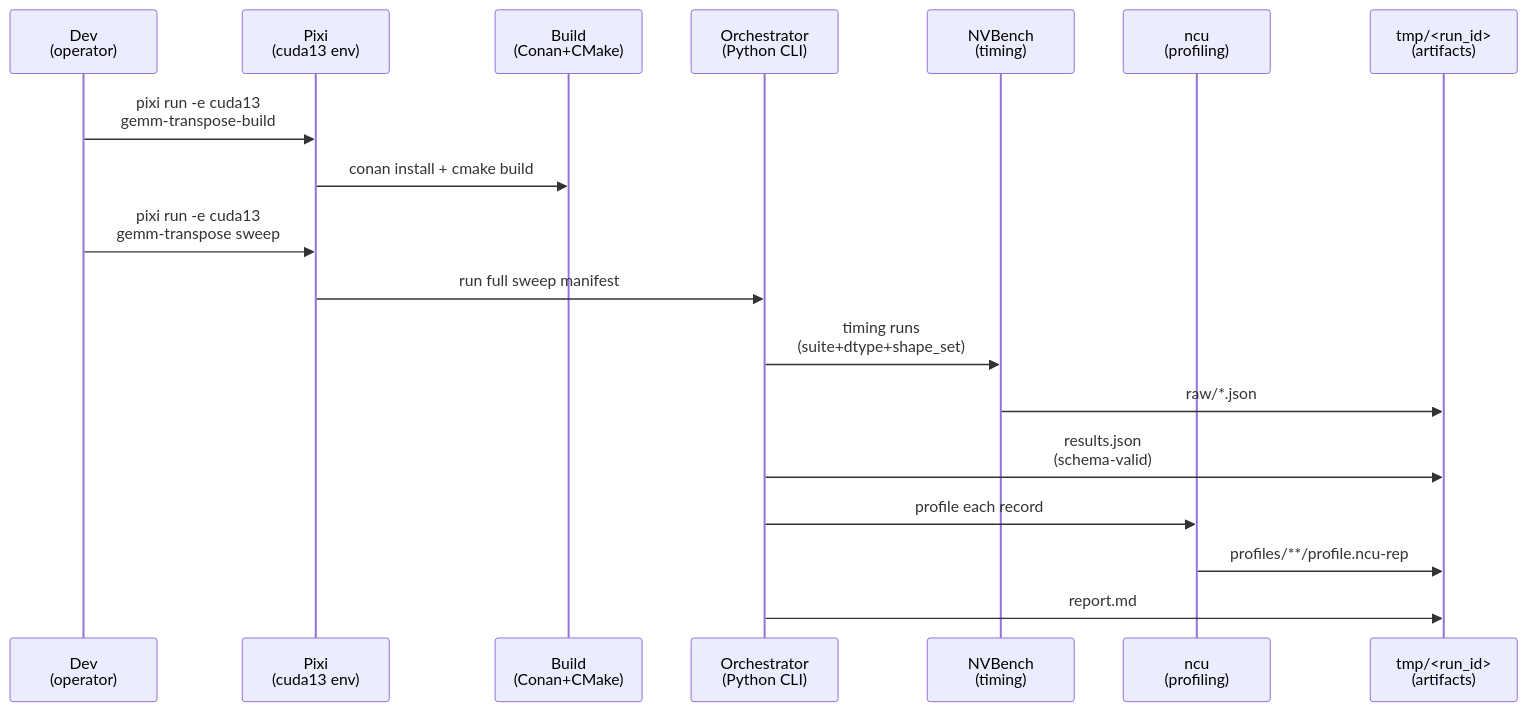
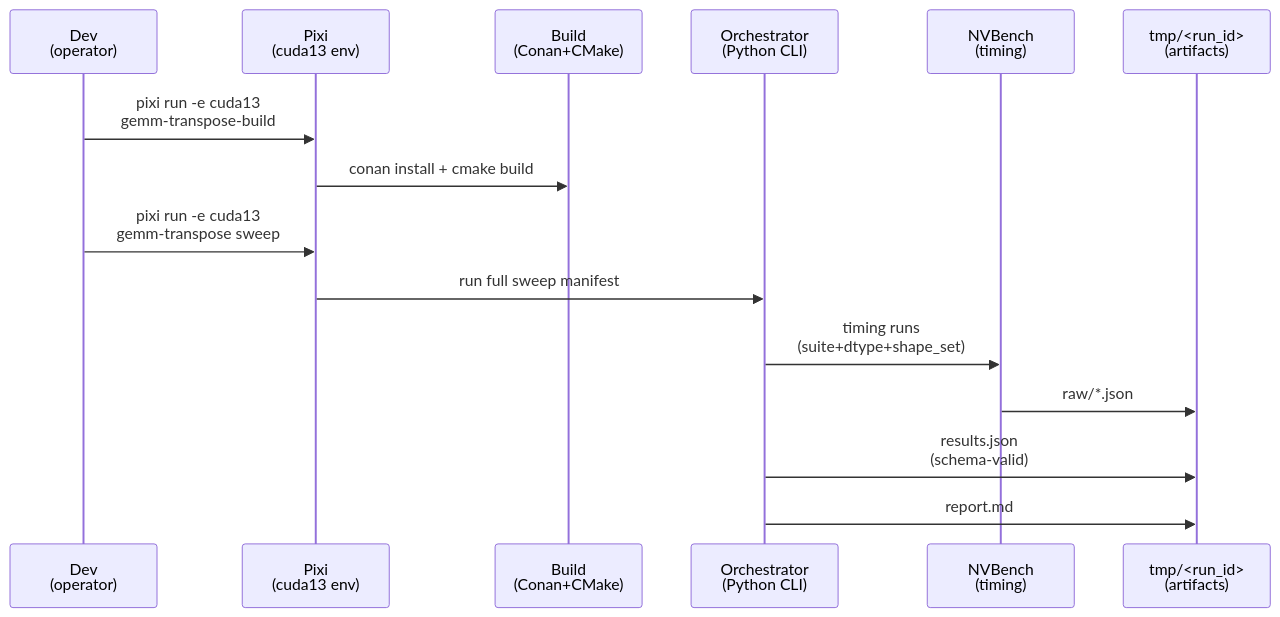
The diagram in context/plans/plan-gemm-transpose-full-sweep-testing.md (CodeGandee/accelsim-test), drawn with Mermaid before and after one commit. The commit also changed other lines of this file, not shown here.

````diff
--- a/context/plans/plan-gemm-transpose-full-sweep-testing.md
+++ b/context/plans/plan-gemm-transpose-full-sweep-testing.md
@@ -178,22 +153,19 @@
 ```mermaid
 sequenceDiagram
   participant Dev as Dev<br/>(operator)
   participant Pixi as Pixi<br/>(cuda13 env)
   participant Build as Build<br/>(Conan+CMake)
   participant Or as Orchestrator<br/>(Python CLI)
   participant NVB as NVBench<br/>(timing)
-  participant NCU as ncu<br/>(profiling)
   participant FS as tmp/<run_id><br/>(artifacts)
 
   Dev->>Pixi: pixi run -e cuda13<br/>gemm-transpose-build
   Pixi->>Build: conan install + cmake build
 
   Dev->>Pixi: pixi run -e cuda13<br/>gemm-transpose sweep
   Pixi->>Or: run full sweep manifest
   Or->>NVB: timing runs<br/>(suite+dtype+shape_set)
   NVB->>FS: raw/*.json
   Or->>FS: results.json<br/>(schema-valid)
-  Or->>NCU: profile each record
-  NCU->>FS: profiles/**/profile.ncu-rep
   Or->>FS: report.md
 ```
````
